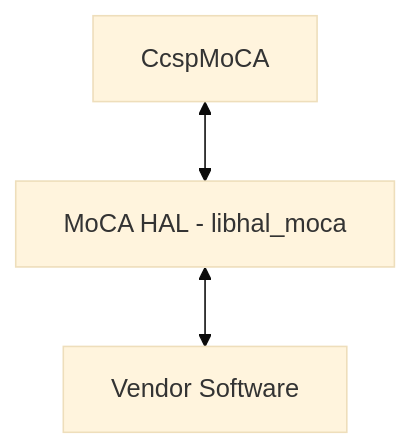
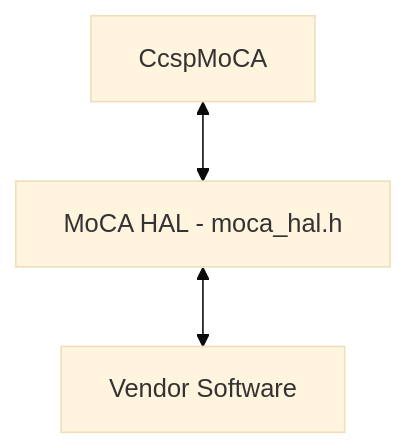
One commit to Blitzy-Sky/rdkb-halif-moca changed the first of 3 diagrams in docs/pages/halSpec.md. Above: the diagram before and after it, drawn with Mermaid (base theme). The commit also changed other lines of this file, not shown here.

Commit message:
docs: normalise the MoCA HAL flowchart and its area labels
- The Description flowchart uses the common top-down form: CcspMoCA,
  then MoCA HAL - moca_hal.h, then Vendor Software.
- The Automatic Channel Adaptation area in Description, and the Customer
  Premises Equipment and Automatic Channel Adaptation groups in API
  Surface, now have fully bold labels like their siblings.

````diff
--- a/docs/pages/halSpec.md
+++ b/docs/pages/halSpec.md
@@ -29,6 +29,5 @@
 ```mermaid
-flowchart TD;
-    Caller["CcspMoCA"] <-->
-    HAL["MoCA HAL - libhal_moca"] <-->
-    Vendor["Vendor Software"]
+flowchart TD
+    Caller["CcspMoCA"] <--> HAL["MoCA HAL - moca_hal.h"]
+    HAL <--> Vendor["Vendor Software"]
 ```
````
